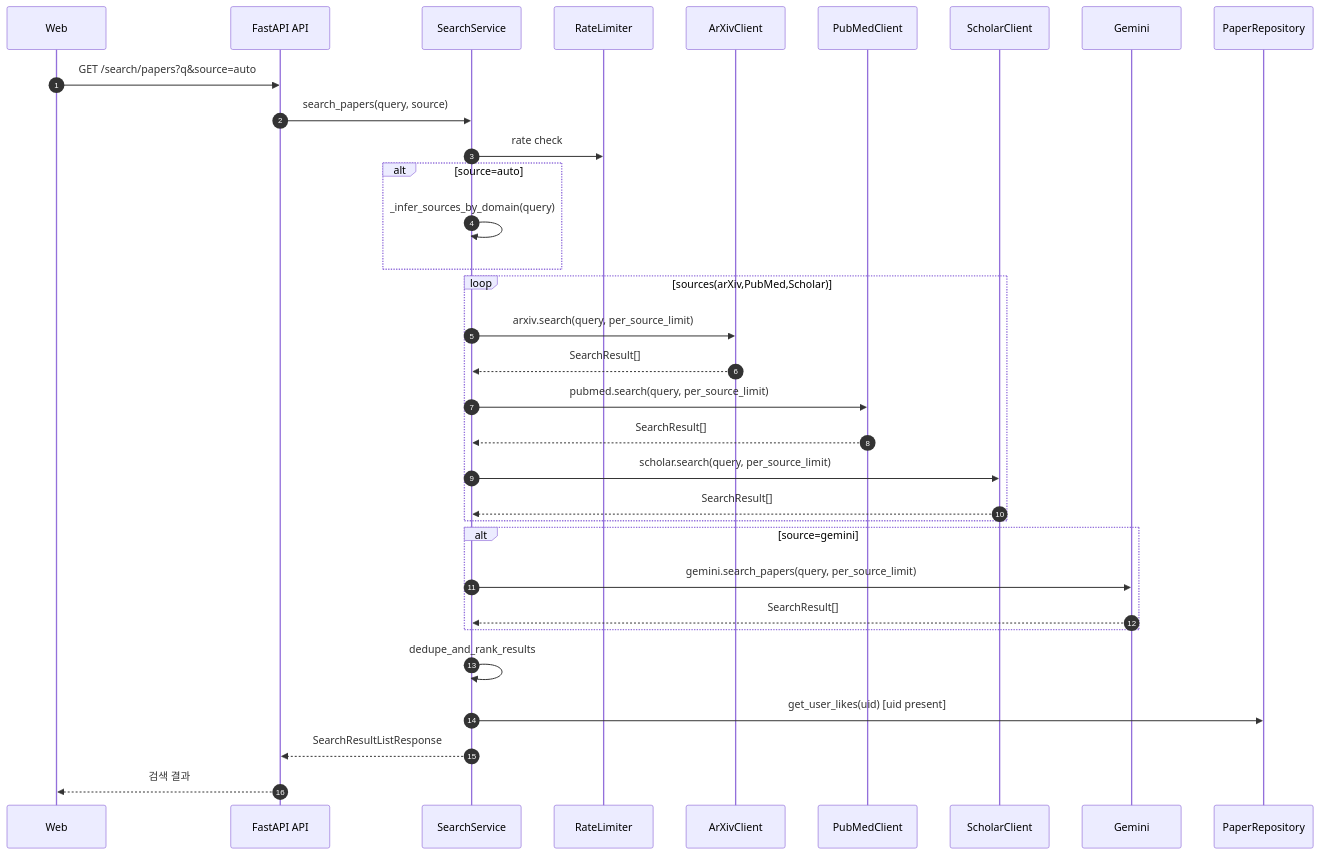
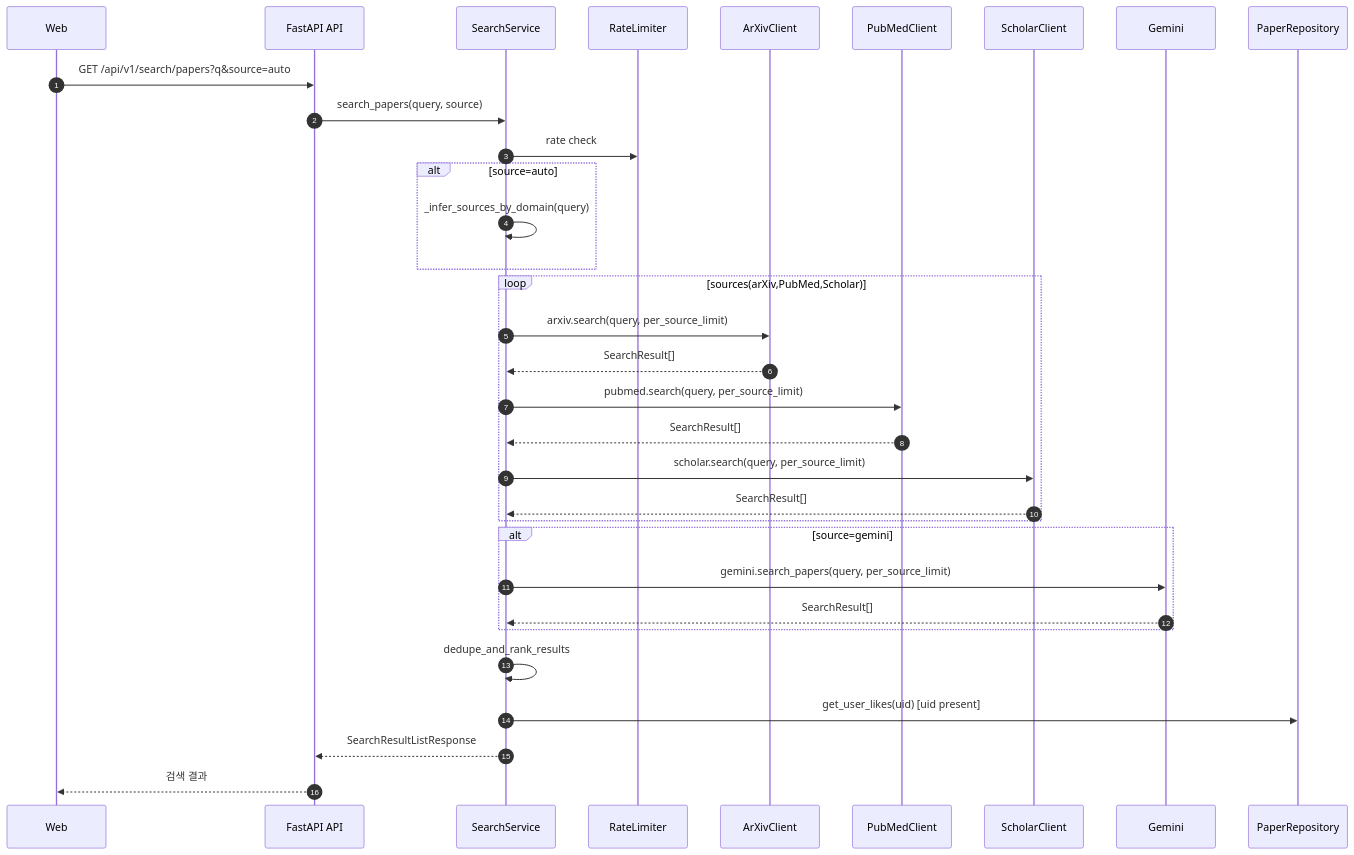
The seventh of 15 diagrams in 프로젝트_서비스_구조_및_도메인별_기능서.md (hwacho9/ai-paper), drawn with Mermaid before and after one commit. The commit also changed other lines of this file and 1 other file, not shown here.

First line of the commit message:
feat: Add comprehensive documentation for AI Paper project architecture and domain logic

````diff
--- a/프로젝트_서비스_구조_및_도메인별_기능서.md
+++ b/프로젝트_서비스_구조_및_도메인별_기능서.md
@@ -546,36 +481,36 @@
 ```mermaid
 sequenceDiagram
   autonumber
   participant W as Web
   participant API as FastAPI API
   participant SS as SearchService
   participant RS as RateLimiter
   participant AX as ArXivClient
   participant PM as PubMedClient
   participant SC as ScholarClient
   participant GM as Gemini
   participant PR as PaperRepository
 
-  W->>API: GET /search/papers?q&source=auto
+  W->>API: GET /api/v1/search/papers?q&source=auto
   API->>SS: search_papers(query, source)
   SS->>RS: rate check
   alt source=auto
     SS->>SS: _infer_sources_by_domain(query)
   end
   loop sources(arXiv,PubMed,Scholar)
     SS->>AX: arxiv.search(query, per_source_limit)
     AX-->>SS: SearchResult[]
     SS->>PM: pubmed.search(query, per_source_limit)
     PM-->>SS: SearchResult[]
     SS->>SC: scholar.search(query, per_source_limit)
     SC-->>SS: SearchResult[]
   end
   alt source=gemini
     SS->>GM: gemini.search_papers(query, per_source_limit)
     GM-->>SS: SearchResult[]
   end
   SS->>SS: dedupe_and_rank_results
   SS->>PR: get_user_likes(uid) [uid present]
   SS-->>API: SearchResultListResponse
   API-->>W: 검색 결과
 ```
````
